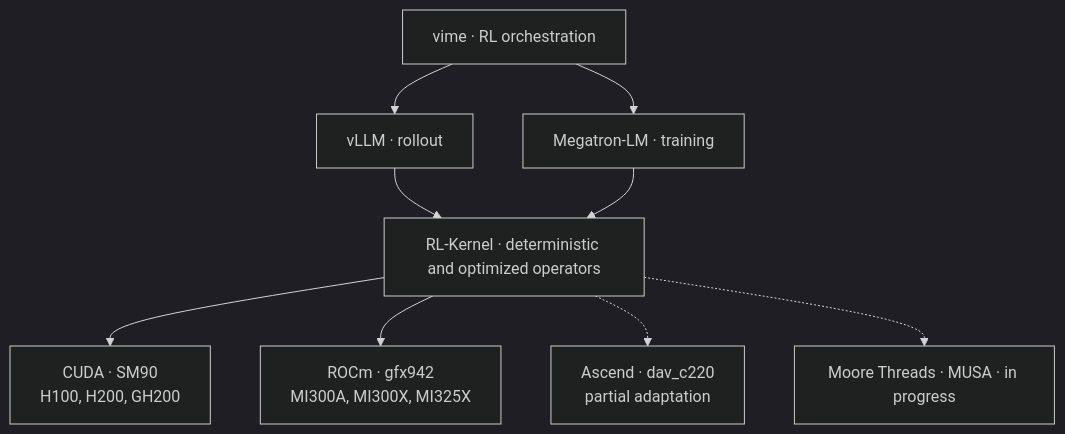
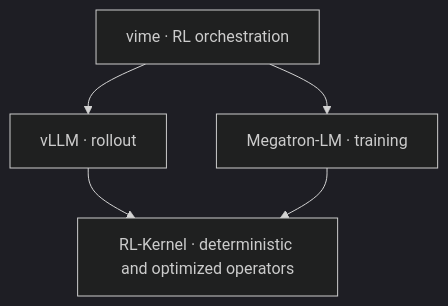
Before and after one commit to Flink-ddd/Kernel-Align: the diagram in README.md, drawn with Mermaid (dark theme). The commit also changed other lines of this file, not shown here.

````diff
--- a/README.md
+++ b/README.md
@@ -73,11 +74,7 @@
 ```mermaid
 flowchart TB
     vime["vime · RL orchestration"] --> VLLM["vLLM · rollout"]
     vime --> MEGATRON["Megatron-LM · training"]
     VLLM --> RLK["RL-Kernel · deterministic and optimized operators"]
     MEGATRON --> RLK
-    RLK --> CUDA["CUDA · SM90<br/>H100, H200, GH200"]
-    RLK --> ROCM["ROCm · gfx942<br/>MI300A, MI300X, MI325X"]
-    RLK -.-> ASCEND["Ascend · dav_c220<br/>partial adaptation"]
-    RLK -.-> MUSA["Moore Threads · MUSA · in progress"]
 ```
````
